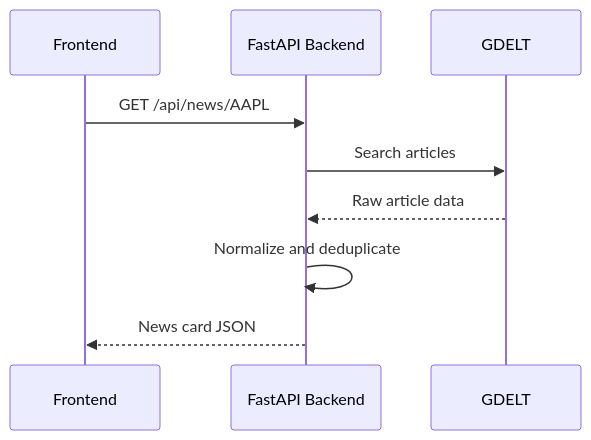
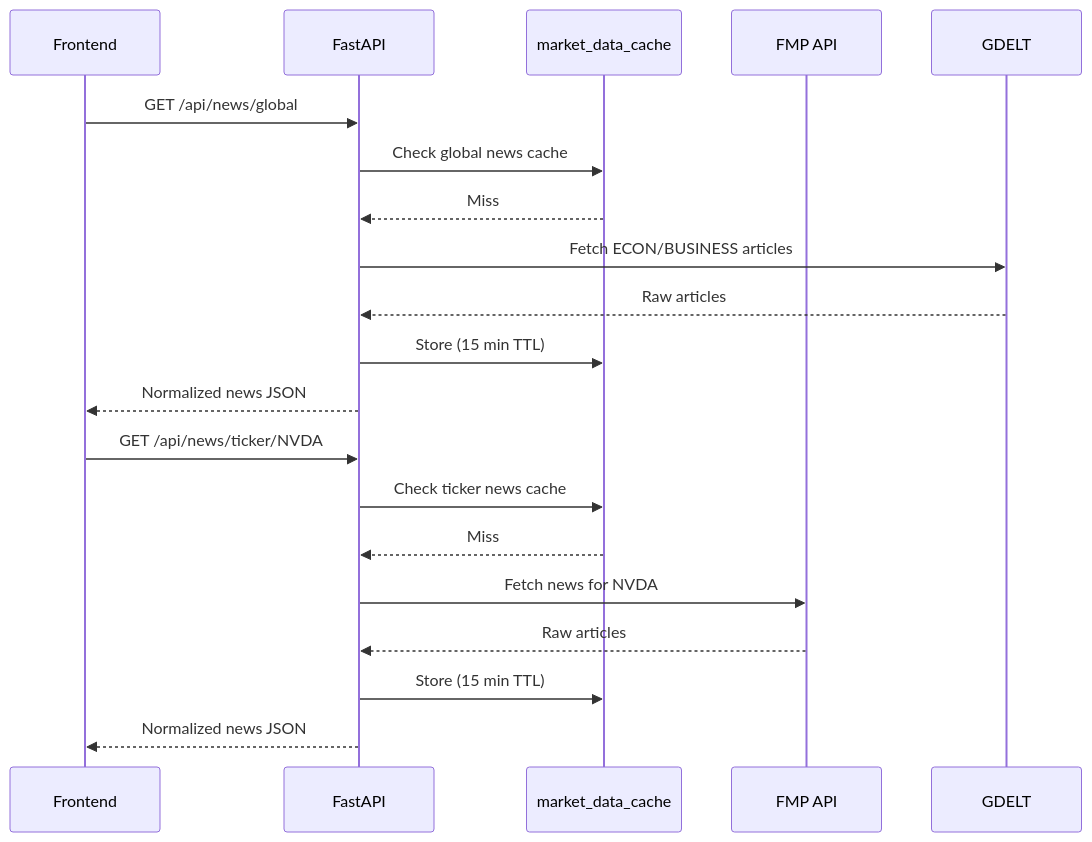
The third of 3 diagrams in docs/architecture.md (maxritter0714-sketch/assetflow-mini), drawn with Mermaid before and after one commit. The commit also changed other lines of this file and 12 other files, not shown here.

````diff
--- a/docs/architecture.md
+++ b/docs/architecture.md
@@ -274,12 +371,24 @@
 ```mermaid
 sequenceDiagram
     participant FE as Frontend
-    participant BE as FastAPI Backend
+    participant BE as FastAPI
+    participant Cache as market_data_cache
+    participant FMP as FMP API
     participant GD as GDELT
 
-    FE->>BE: GET /api/news/AAPL
-    BE->>GD: Search articles
-    GD-->>BE: Raw article data
-    BE->>BE: Normalize and deduplicate
-    BE-->>FE: News card JSON
+    FE->>BE: GET /api/news/global
+    BE->>Cache: Check global news cache
+    Cache-->>BE: Miss
+    BE->>GD: Fetch ECON/BUSINESS articles
+    GD-->>BE: Raw articles
+    BE->>Cache: Store (15 min TTL)
+    BE-->>FE: Normalized news JSON
+
+    FE->>BE: GET /api/news/ticker/NVDA
+    BE->>Cache: Check ticker news cache
+    Cache-->>BE: Miss
+    BE->>FMP: Fetch news for NVDA
+    FMP-->>BE: Raw articles
+    BE->>Cache: Store (15 min TTL)
+    BE-->>FE: Normalized news JSON
 ```
````
